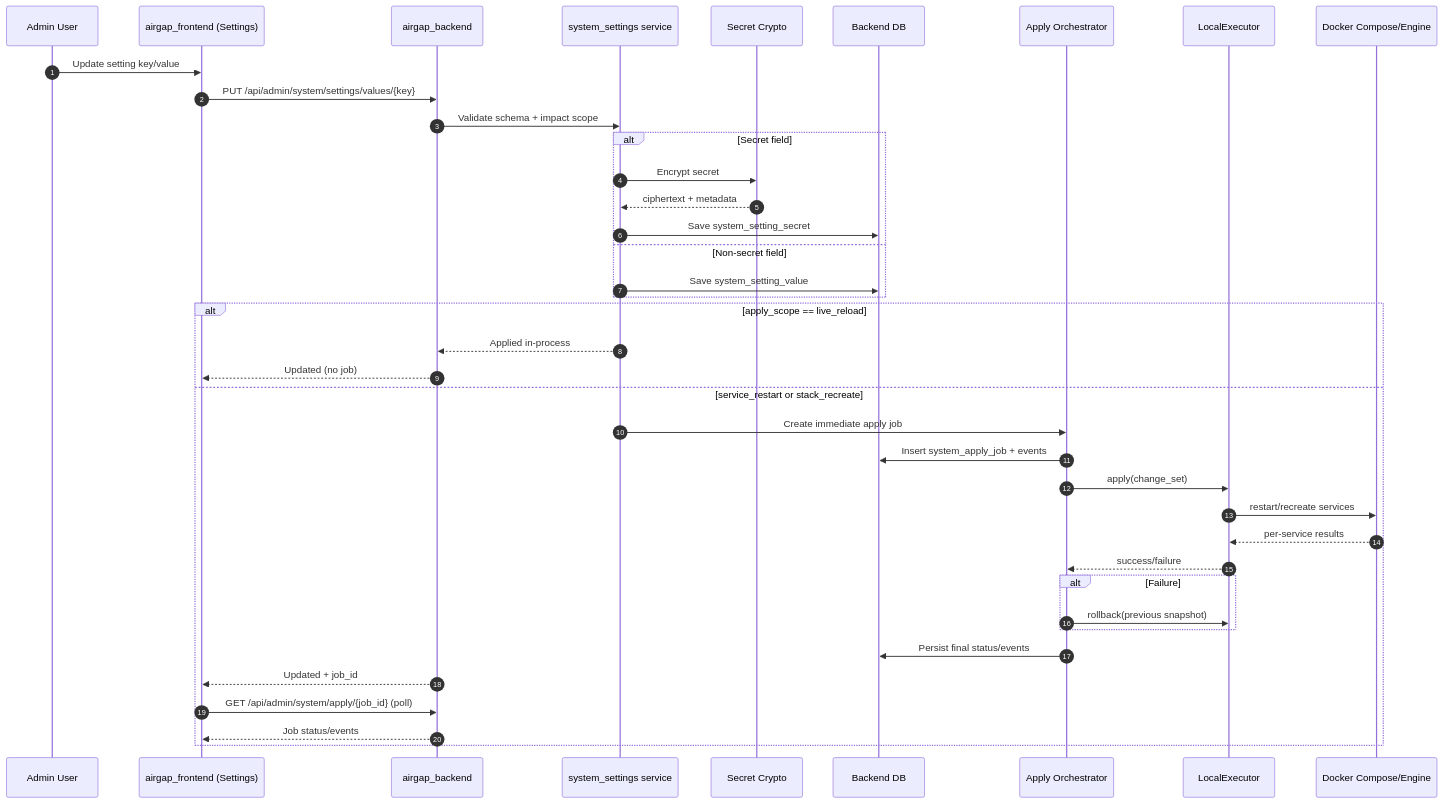
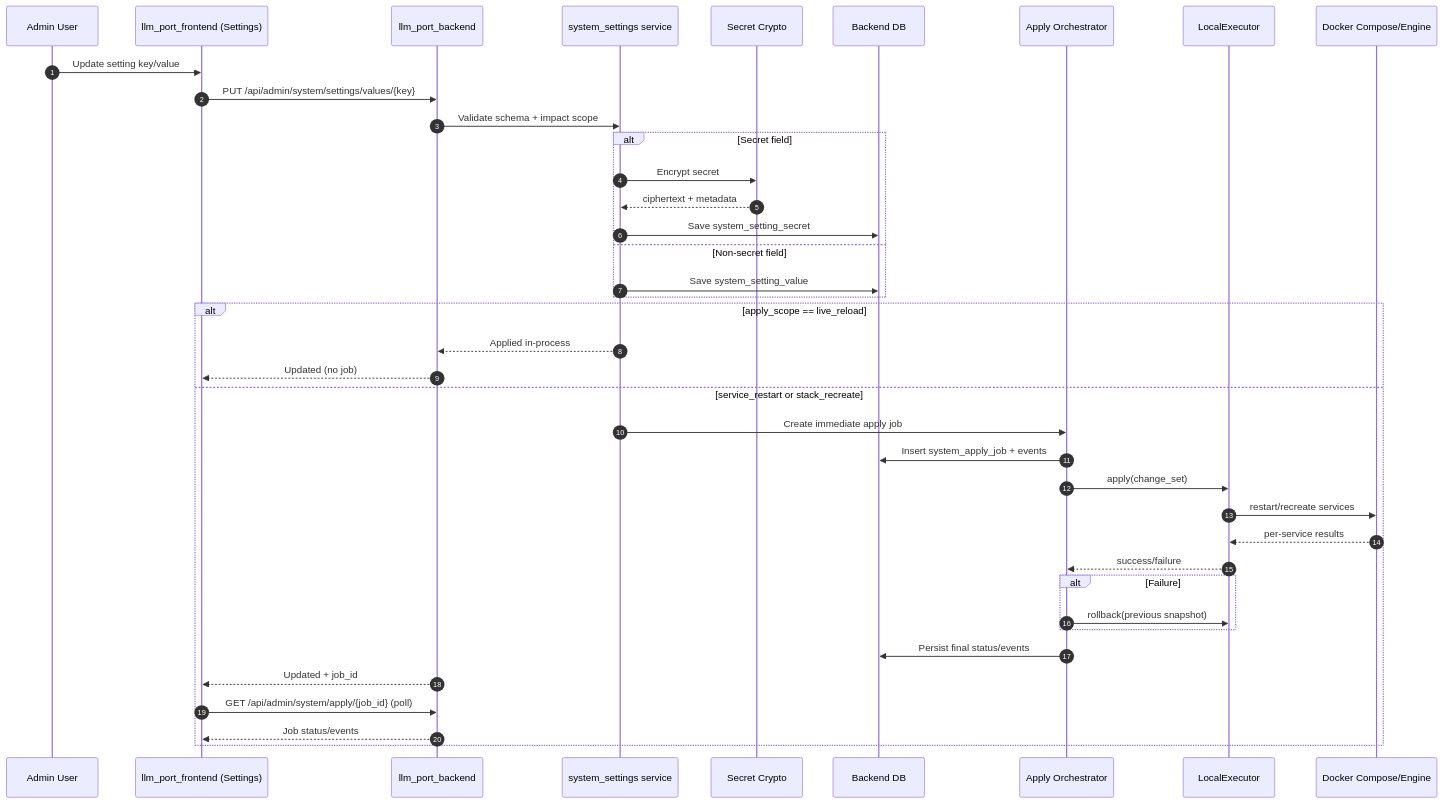
One commit to llm-port/.github changed the seventh of 13 diagrams in profile/call-sequence.md. Above: the diagram before and after it, drawn with Mermaid. The commit also changed other lines of this file and 2 other files, not shown here.

````diff
--- a/profile/call-sequence.md
+++ b/profile/call-sequence.md
@@ -212,43 +226,43 @@
 ```mermaid
 sequenceDiagram
     autonumber
     participant U as Admin User
-    participant FE as airgap_frontend (Settings)
-    participant BE as airgap_backend
+    participant FE as llm_port_frontend (Settings)
+    participant BE as llm_port_backend
     participant SET as system_settings service
     participant ENC as Secret Crypto
     participant DB as Backend DB
     participant APPLY as Apply Orchestrator
     participant EXEC as LocalExecutor
     participant DE as Docker Compose/Engine
 
     U->>FE: Update setting key/value
     FE->>BE: PUT /api/admin/system/settings/values/{key}
     BE->>SET: Validate schema + impact scope
     alt Secret field
       SET->>ENC: Encrypt secret
       ENC-->>SET: ciphertext + metadata
       SET->>DB: Save system_setting_secret
     else Non-secret field
       SET->>DB: Save system_setting_value
     end
 
     alt apply_scope == live_reload
       SET-->>BE: Applied in-process
       BE-->>FE: Updated (no job)
     else service_restart or stack_recreate
       SET->>APPLY: Create immediate apply job
       APPLY->>DB: Insert system_apply_job + events
       APPLY->>EXEC: apply(change_set)
       EXEC->>DE: restart/recreate services
       DE-->>EXEC: per-service results
       EXEC-->>APPLY: success/failure
       alt Failure
         APPLY->>EXEC: rollback(previous snapshot)
       end
       APPLY->>DB: Persist final status/events
       BE-->>FE: Updated + job_id
       FE->>BE: GET /api/admin/system/apply/{job_id} (poll)
       BE-->>FE: Job status/events
     end
 ```
````
